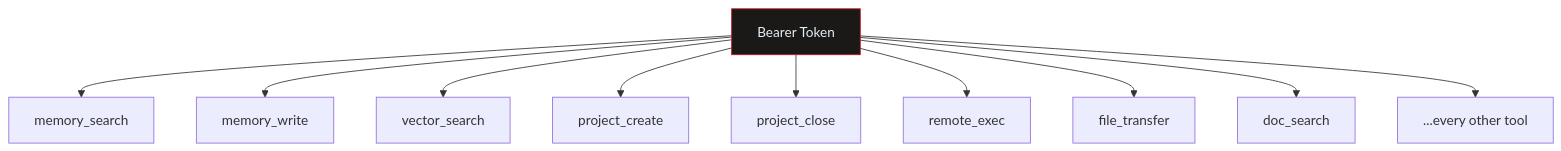
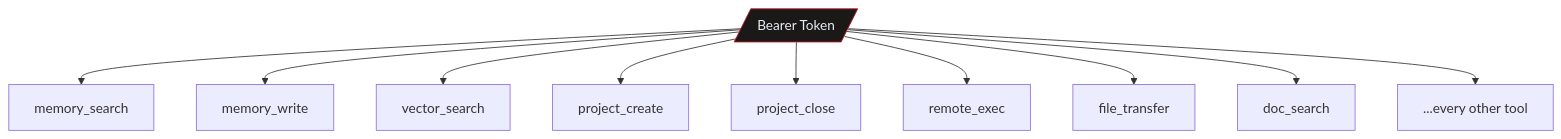
One commit to CyberdaemonAI/cyberdaemon-site changed the second of 3 diagrams in src/content/analysis/mcp-stateless-security.mdx. Above: the diagram before and after it, drawn with Mermaid. The commit also changed other lines of this file and 23 other files, not shown here.

First line of the commit message:
style(diagrams): retrofit all mermaid diagrams to flowchart syntax site-wide

````diff
--- a/src/content/analysis/mcp-stateless-security.mdx
+++ b/src/content/analysis/mcp-stateless-security.mdx
@@ -137,13 +137,13 @@
 ```mermaid
-graph TD
-    TOKEN["Bearer Token"] --> T1["memory_search"]
-    TOKEN --> T2["memory_write"]
-    TOKEN --> T3["vector_search"]
-    TOKEN --> T4["project_create"]
-    TOKEN --> T5["project_close"]
-    TOKEN --> T6["remote_exec"]
-    TOKEN --> T7["file_transfer"]
-    TOKEN --> T8["doc_search"]
-    TOKEN --> T9["...every other tool"]
+flowchart TD
+    TOKEN[/Bearer Token/] --> T1[memory_search]
+    TOKEN --> T2[memory_write]
+    TOKEN --> T3[vector_search]
+    TOKEN --> T4[project_create]
+    TOKEN --> T5[project_close]
+    TOKEN --> T6[remote_exec]
+    TOKEN --> T7[file_transfer]
+    TOKEN --> T8[doc_search]
+    TOKEN --> T9[...every other tool]
     style TOKEN fill:#1a1917,stroke:#C1121F,color:#E6EDF3
 ```
````
